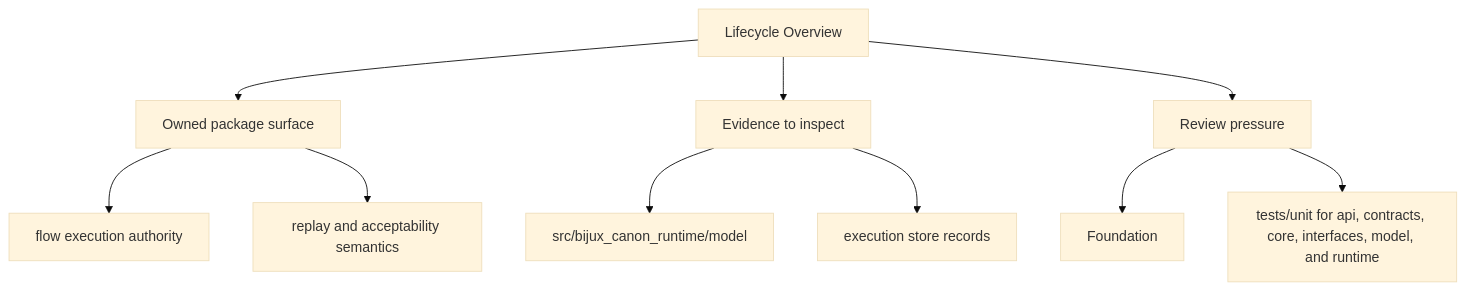
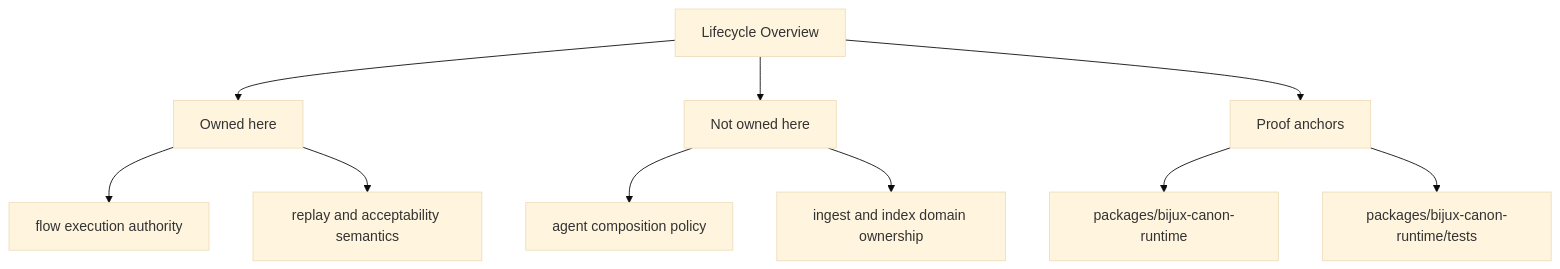
Before and after one commit to bijux/bijux-canon: the second of 2 diagrams in docs/bijux-canon-runtime/foundation/lifecycle-overview.md, drawn with Mermaid (base theme). The commit also changed other lines of this file and 250 other files, not shown here.

Commit message:
docs(diagrams): make product page maps more readable

````diff
--- a/docs/bijux-canon-runtime/foundation/lifecycle-overview.md
+++ b/docs/bijux-canon-runtime/foundation/lifecycle-overview.md
@@ -36,22 +36,22 @@
 ```mermaid
 flowchart TD
     page["Lifecycle Overview"]
-    focus1["Owned package surface"]
+    focus1["Owned here"]
     page --> focus1
     focus1_1["flow execution authority"]
     focus1 --> focus1_1
     focus1_2["replay and acceptability semantics"]
     focus1 --> focus1_2
-    focus2["Evidence to inspect"]
+    focus2["Not owned here"]
     page --> focus2
-    focus2_1["src/bijux_canon_runtime/model"]
+    focus2_1["agent composition policy"]
     focus2 --> focus2_1
-    focus2_2["execution store records"]
+    focus2_2["ingest and index domain ownership"]
     focus2 --> focus2_2
-    focus3["Review pressure"]
+    focus3["Proof anchors"]
     page --> focus3
-    focus3_1["Foundation"]
+    focus3_1["packages/bijux-canon-runtime"]
     focus3 --> focus3_1
-    focus3_2["tests/unit for api, contracts, core, interfaces, model, and runtime"]
+    focus3_2["packages/bijux-canon-runtime/tests"]
     focus3 --> focus3_2
 ```
````
